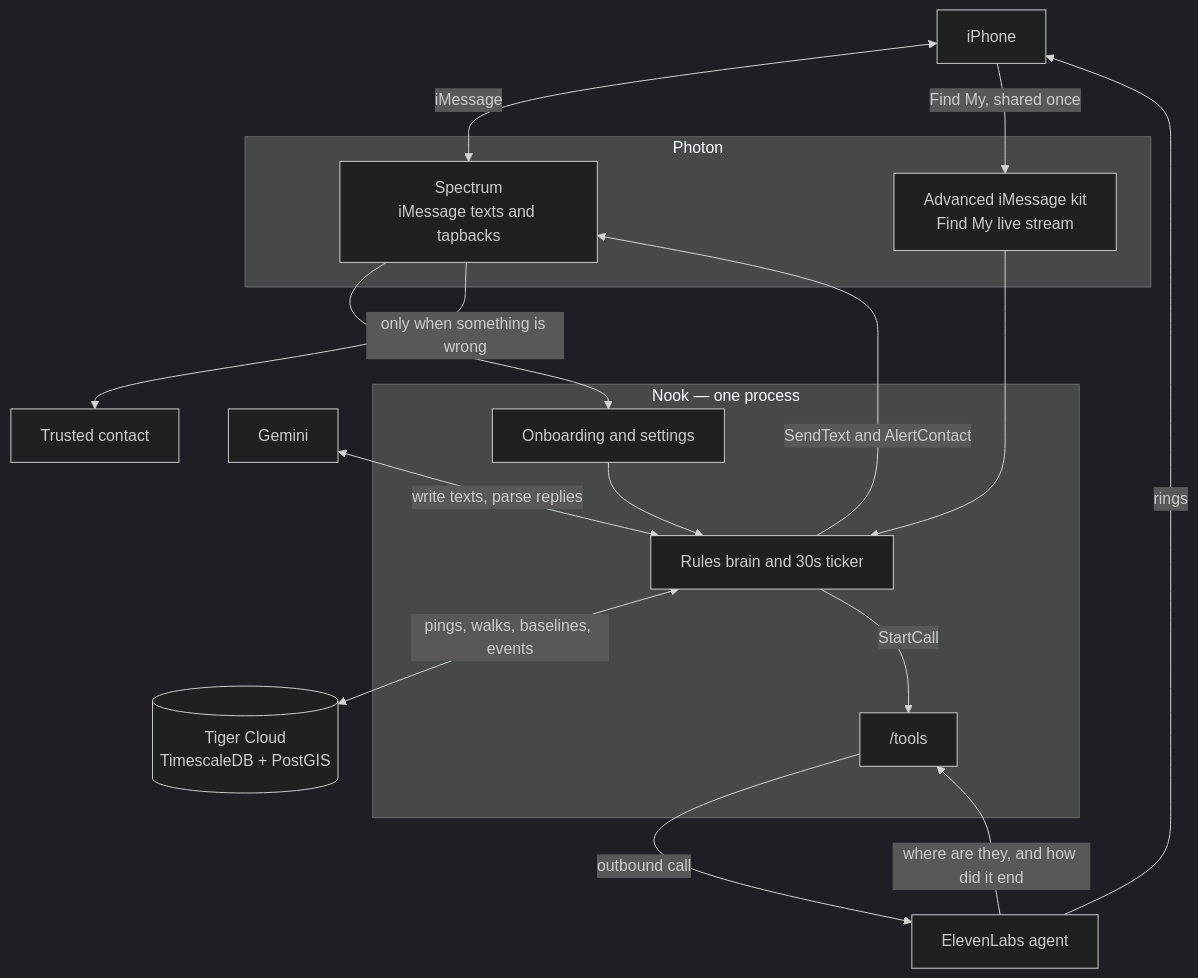
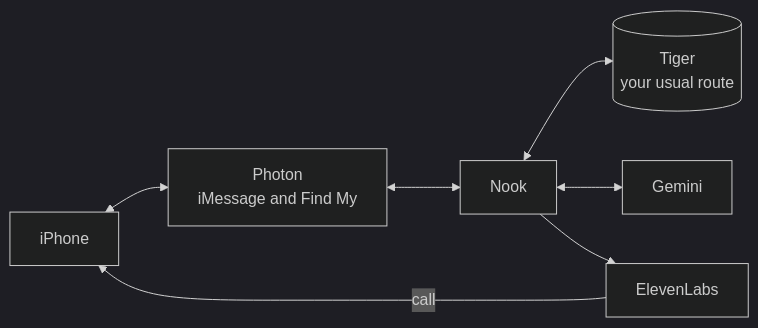
The diagram in README.md (jcc-kh/nook), drawn with Mermaid (dark theme) before and after one commit. The commit also changed other lines of this file and 3 other files, not shown here.

````diff
--- a/README.md
+++ b/README.md
@@ -33,32 +33,16 @@
 ```mermaid
-flowchart TB
+flowchart LR
   phone[iPhone]
+  photon[Photon<br/>iMessage and Find My]
+  nook[Nook]
+  tiger[(Tiger<br/>your usual route)]
+  gemini[Gemini]
+  eleven[ElevenLabs]
 
-  subgraph photon [Photon]
-    spectrum[Spectrum<br/>iMessage texts and tapbacks]
-    findmy[Advanced iMessage kit<br/>Find My live stream]
-  end
-
-  subgraph nook [Nook — one process]
-    router[Onboarding and settings]
-    brain[Rules brain and 30s ticker]
-    hooks["/tools"]
-  end
-
-  tiger[(Tiger Cloud<br/>TimescaleDB + PostGIS)]
-  gemini[Gemini]
-  eleven[ElevenLabs agent]
-
-  phone <-->|iMessage| spectrum
-  phone -->|Find My, shared once| findmy
-  spectrum --> router --> brain
-  findmy --> brain
-  brain <-->|pings, walks, baselines, events| tiger
-  gemini <-->|write texts, parse replies| brain
-  brain -->|SendText and AlertContact| spectrum
-  spectrum -->|only when something is wrong| contact[Trusted contact]
-  brain -->|StartCall| hooks
-  hooks -->|outbound call| eleven
-  eleven -->|rings| phone
-  eleven -->|where are they, and how did it end| hooks
+  phone <--> photon
+  photon <--> nook
+  nook <--> tiger
+  nook <--> gemini
+  nook --> eleven
+  eleven -->|call| phone
 ```
````
